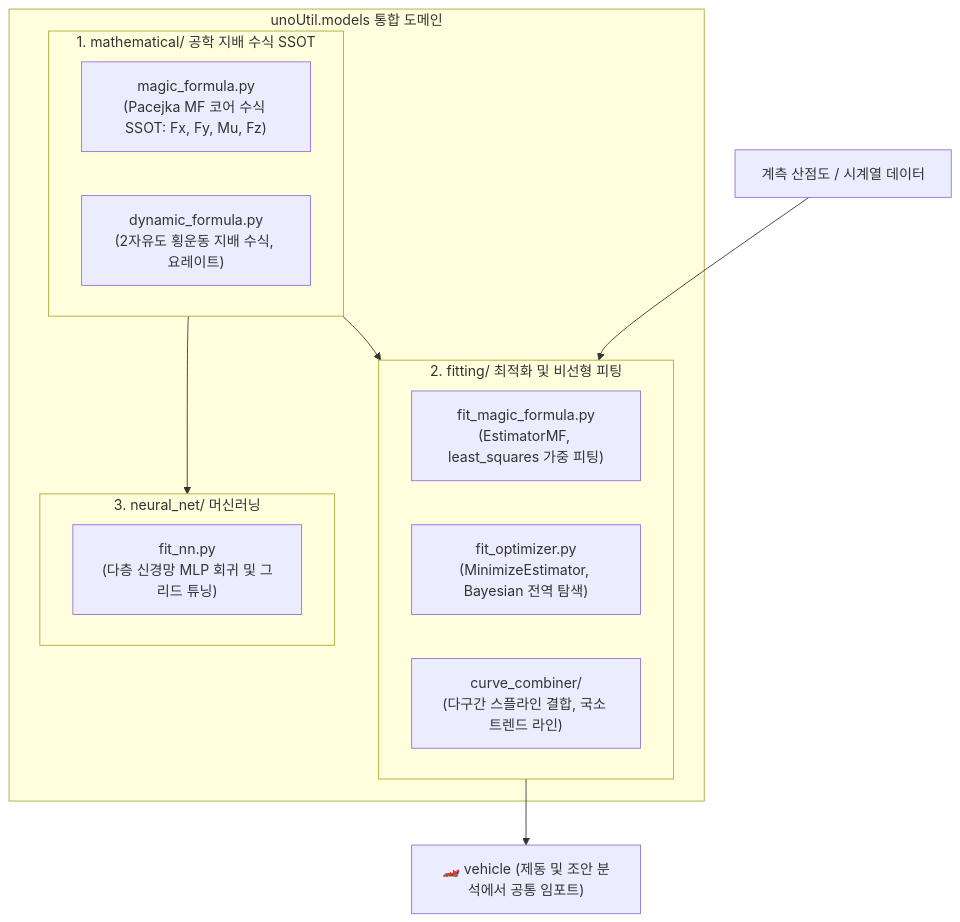
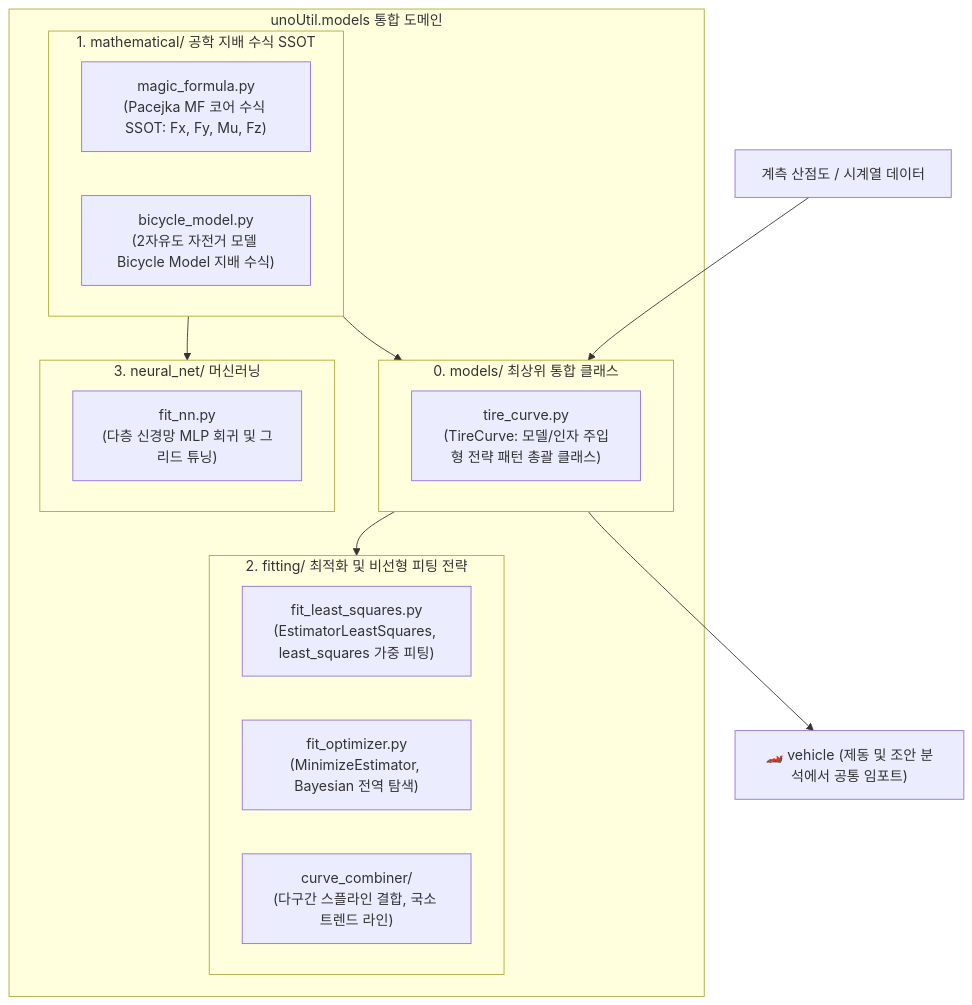
Before and after one commit to uunnooo/00_obsidian: the diagram in 02_Projects/회사_업무/20_unoUtil_모듈개발/models/00_models_대시보드.md, drawn with Mermaid. The commit also changed other lines of this file and 8 other files, not shown here.

Commit message:
docs(unoutil): release TireCurve class and bicycle_model standard v3.3

````diff
--- a/02_Projects/회사_업무/20_unoUtil_모듈개발/models/00_models_대시보드.md
+++ b/02_Projects/회사_업무/20_unoUtil_모듈개발/models/00_models_대시보드.md
@@ -28,24 +30,29 @@
 ```mermaid
 flowchart TD
     subgraph Models_Domain [unoUtil.models 통합 도메인]
+        subgraph Top_Level [0. models/ 최상위 통합 클래스]
+            TC["tire_curve.py<br/>(TireCurve: 모델/인자 주입형 전략 패턴 총괄 클래스)"]
+        end
+
         subgraph Mathematical [1. mathematical/ 공학 지배 수식 SSOT]
             MF["magic_formula.py<br/>(Pacejka MF 코어 수식 SSOT: Fx, Fy, Mu, Fz)"]
-            DF["dynamic_formula.py<br/>(2자유도 횡운동 지배 수식, 요레이트)"]
+            BM["bicycle_model.py<br/>(2자유도 자전거 모델 Bicycle Model 지배 수식)"]
         end
 
-        subgraph Fitting [2. fitting/ 최적화 및 비선형 피팅]
-            F_MF["fit_magic_formula.py<br/>(EstimatorMF, least_squares 가중 피팅)"]
+        subgraph Fitting [2. fitting/ 최적화 및 비선형 피팅 전략]
+            F_LS["fit_least_squares.py<br/>(EstimatorLeastSquares, least_squares 가중 피팅)"]
             F_OPT["fit_optimizer.py<br/>(MinimizeEstimator, Bayesian 전역 탐색)"]
             CC["curve_combiner/<br/>(다구간 스플라인 결합, 국소 트렌드 라인)"]
         end
 
         subgraph ML [3. neural_net/ 머신러닝]
             NN["fit_nn.py<br/>(다층 신경망 MLP 회귀 및 그리드 튜닝)"]
         end
     end
 
-    RawData["계측 산점도 / 시계열 데이터"] --> Fitting
-    Mathematical --> Fitting
+    RawData["계측 산점도 / 시계열 데이터"] --> Top_Level
+    Top_Level --> Fitting
+    Mathematical --> Top_Level
     Mathematical --> ML
-    Fitting --> External["🏎️ vehicle (제동 및 조안 분석에서 공통 임포트)"]
+    Top_Level --> External["🏎️ vehicle (제동 및 조안 분석에서 공통 임포트)"]
 ```
````
